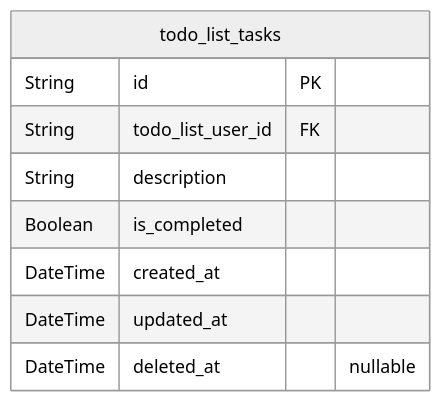
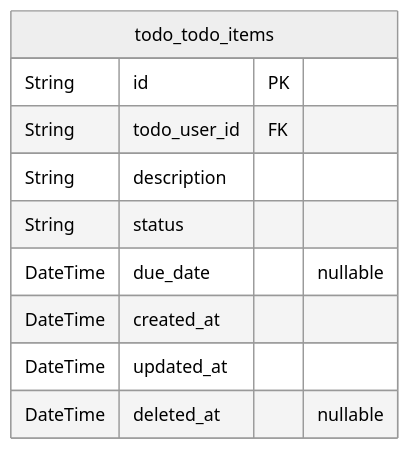
Before and after one commit to wrtnlabs/autobe-examples: the second of 2 diagrams in openai/gpt-4.1-mini/todo/docs/ERD.md, drawn with Mermaid (neutral theme). The commit also changed other lines of this file and 16146 other files, not shown here.

````diff
--- a/openai/gpt-4.1-mini/todo/docs/ERD.md
+++ b/openai/gpt-4.1-mini/todo/docs/ERD.md
@@ -85,12 +65,13 @@
 ```mermaid
 erDiagram
-"todo_list_tasks" {
+"todo_todo_items" {
   String id PK
-  String todo_list_user_id FK
+  String todo_user_id FK
   String description
-  Boolean is_completed
+  String status
+  DateTime due_date "nullable"
   DateTime created_at
   DateTime updated_at
   DateTime deleted_at "nullable"
 }
 ```
````
